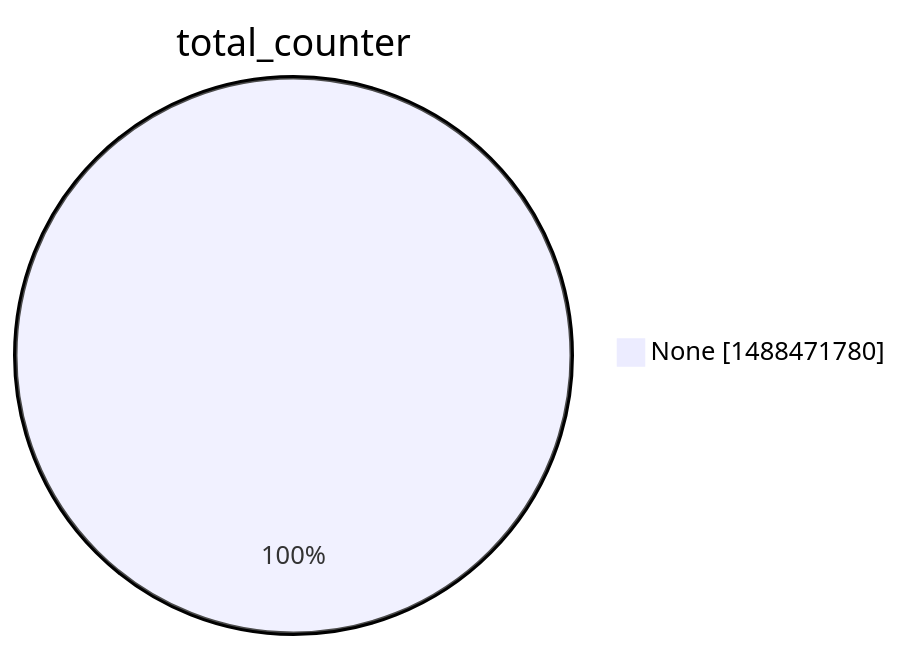
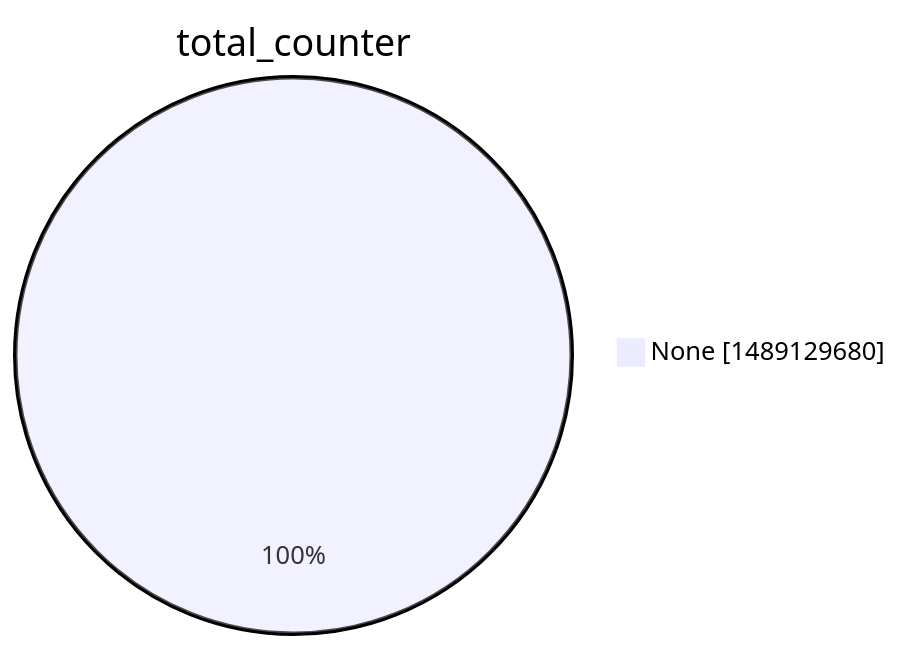
The second of 15 diagrams in argon2022/README.md (christiankrug/ctmonitor_visualization), drawn with Mermaid before and after one commit. The commit also changed other lines of this file, not shown here.

````diff
--- a/argon2022/README.md
+++ b/argon2022/README.md
@@ -9,5 +9,5 @@
 ```mermaid
 pie showData
 title total_counter
-"None" :1488471780
+"None" :1489129680
 ```
````
